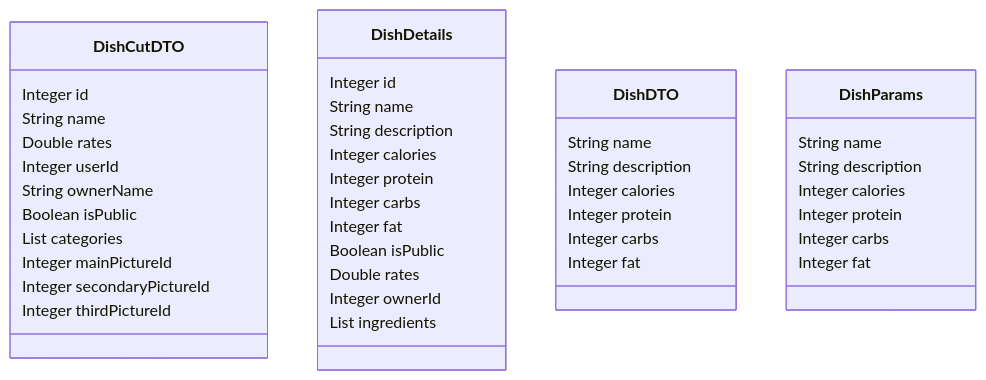
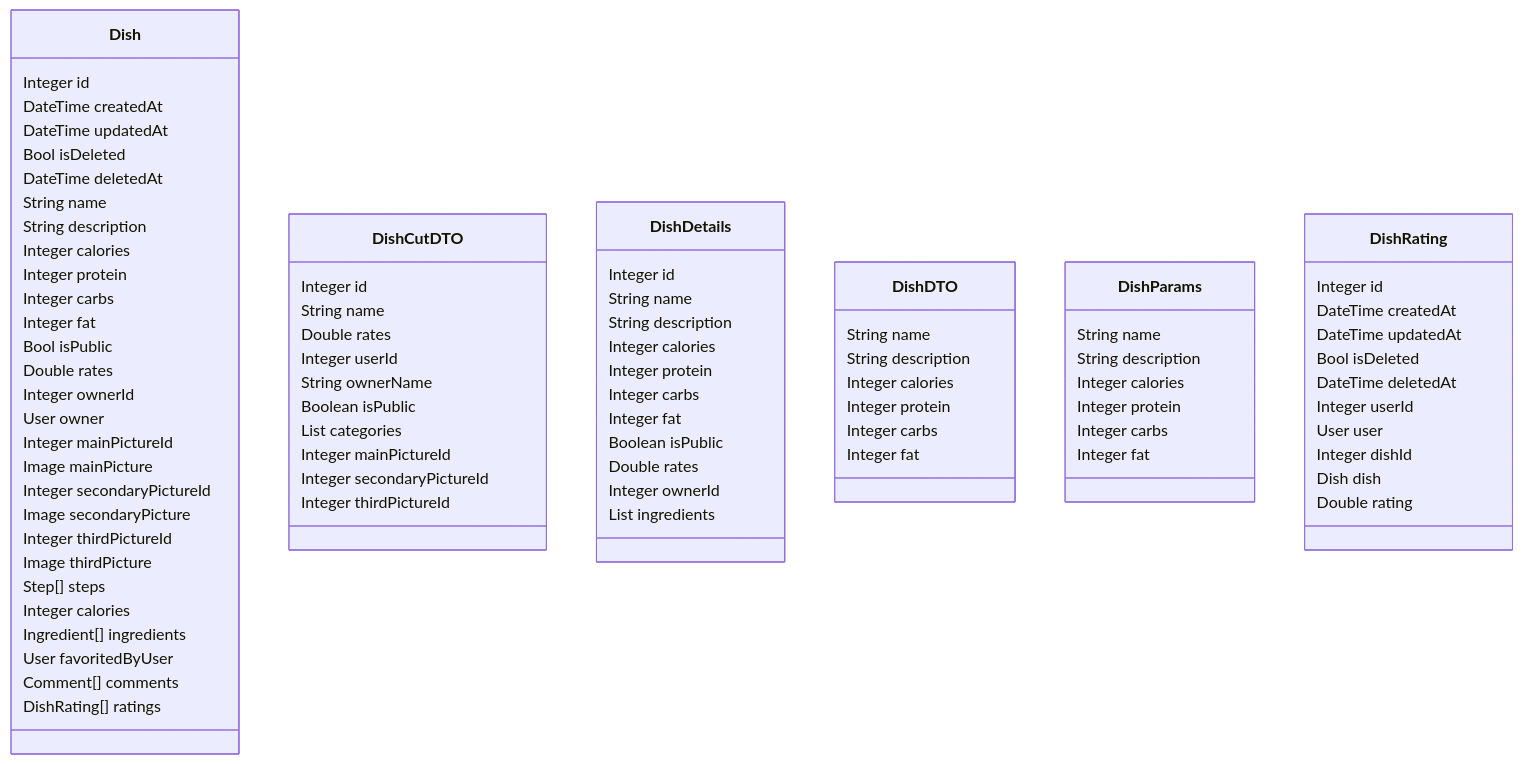
One commit to GruboKrojone/SneakFit changed the sixth of 9 diagrams in Backend/README.md. Above: the diagram before and after it, drawn with Mermaid. The commit also changed other lines of this file and 12 other files, not shown here.

````diff
--- a/Backend/README.md
+++ b/Backend/README.md
@@ -843,5 +1468,34 @@
 ```mermaid
 classDiagram
+    class Dish {
+      Integer id
+      DateTime createdAt
+      DateTime updatedAt
+      Bool isDeleted
+      DateTime deletedAt
+      String name
+      String description
+      Integer calories
+      Integer protein
+      Integer carbs
+      Integer fat
+      Bool isPublic
+      Double rates
+      Integer ownerId
+      User owner
+      Integer mainPictureId
+      Image mainPicture
+      Integer secondaryPictureId
+      Image secondaryPicture
+      Integer thirdPictureId
+      Image thirdPicture
+      Step[] steps
+      Integer calories
+      Ingredient[] ingredients
+      User favoritedByUser
+      Comment[] comments
+      DishRating[] ratings
+    }
     class DishCutDTO {
         Integer id
         String name
@@ -883,4 +1537,16 @@
         Integer carbs
         Integer fat
     }
+    class DishRating {
+        Integer id
+        DateTime createdAt
+        DateTime updatedAt
+        Bool isDeleted
+        DateTime deletedAt
+        Integer userId
+        User user
+        Integer dishId
+        Dish dish
+        Double rating
+    }
 ```
````
